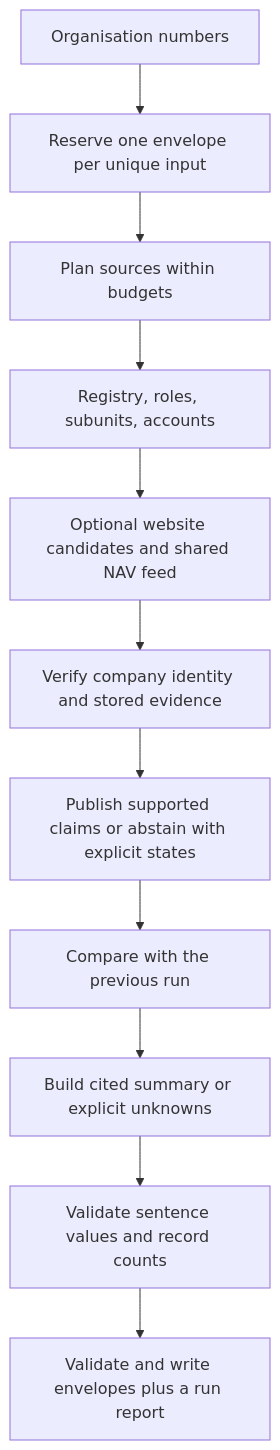
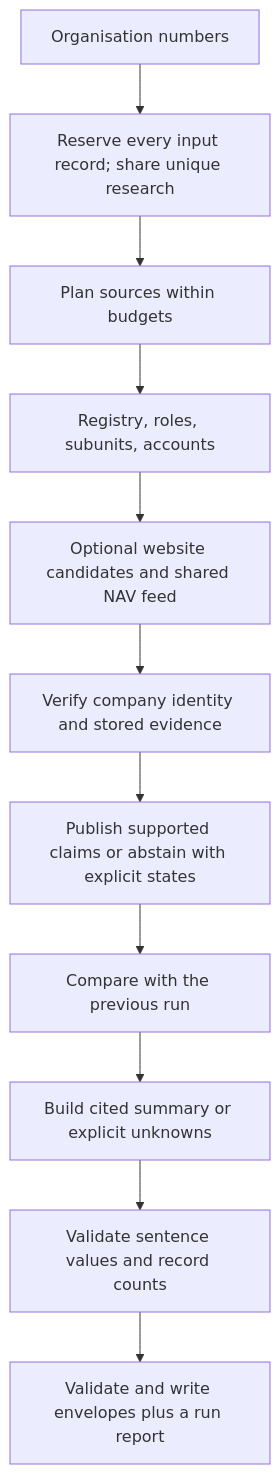
One commit to NethraVenkat/signalpost-agent changed the diagram in docs/AGENT.md. Above: the diagram before and after it, drawn with Mermaid. The commit also changed 7 other files, not shown here.

````diff
--- a/docs/AGENT.md
+++ b/docs/AGENT.md
@@ -5,13 +5,13 @@
 ```mermaid
 flowchart TD
-    Input[Organisation numbers] --> Reserve[Reserve one envelope per unique input]
+    Input[Organisation numbers] --> Reserve[Reserve every input record; share unique research]
     Reserve --> Plan[Plan sources within budgets]
     Plan --> Tools[Registry, roles, subunits, accounts]
     Tools --> Optional[Optional website candidates and shared NAV feed]
     Optional --> Verify[Verify company identity and stored evidence]
     Verify --> Publish[Publish supported claims or abstain with explicit states]
     Publish --> Diff[Compare with the previous run]
     Diff --> Synthesis[Build cited summary or explicit unknowns]
     Synthesis --> Check[Validate sentence values and record counts]
     Check --> Output[Validate and write envelopes plus a run report]
 ```
````
